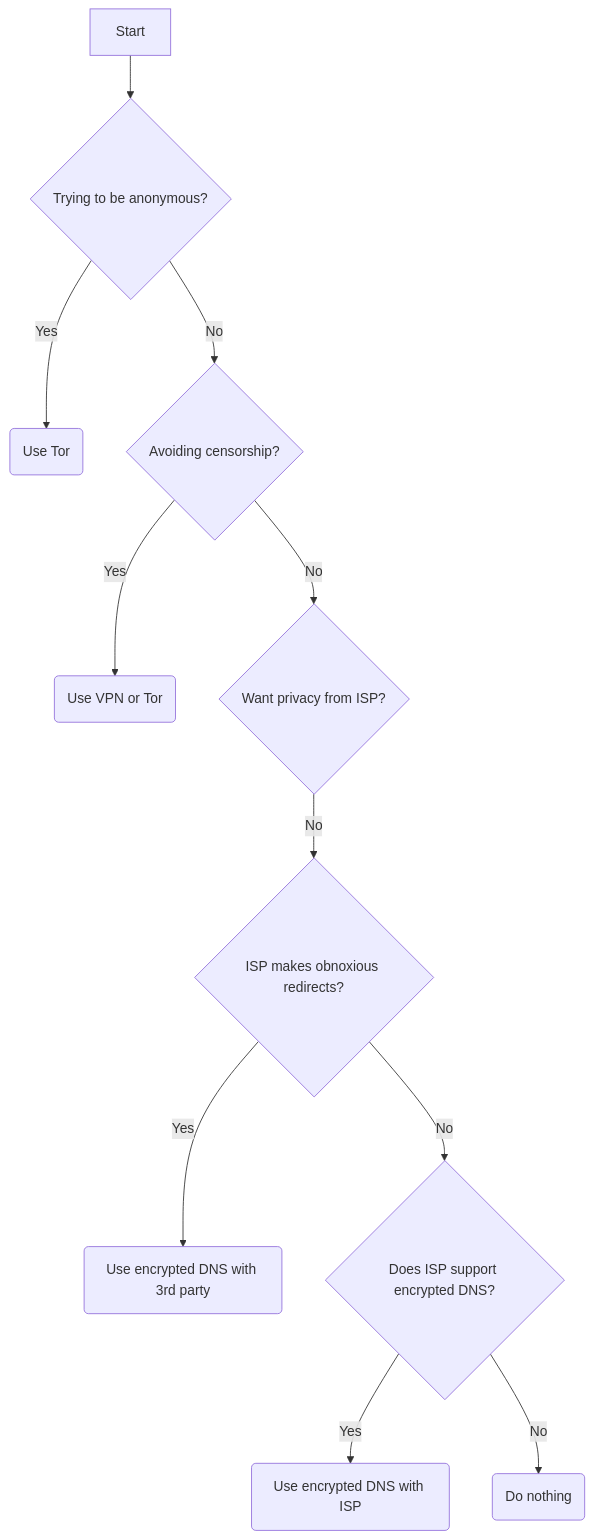
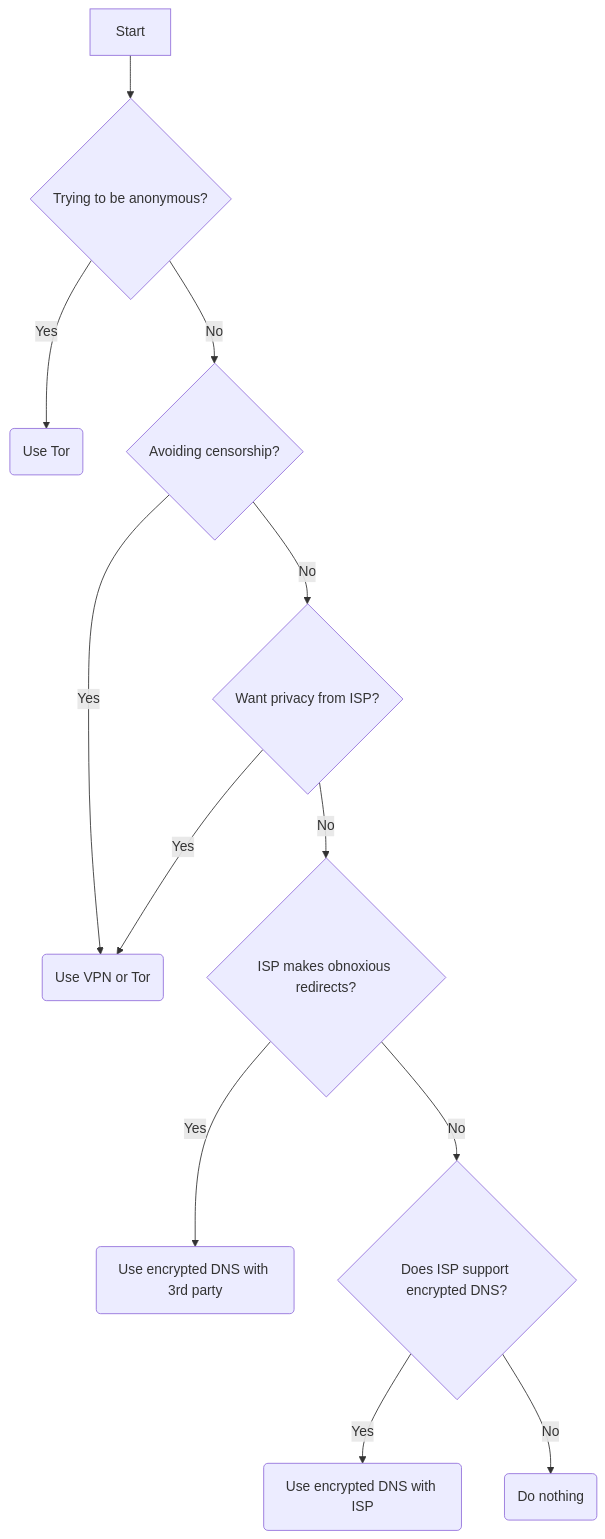
Before and after one commit to romandev0318/privacyguides.org: the diagram in docs/dns.md, drawn with Mermaid.

Commit message:
Include 'Yes' branch DNS flowchart (#844)

````diff
--- a/docs/dns.md
+++ b/docs/dns.md
@@ -101,13 +101,14 @@
 ``` mermaid
 graph TB
     Start[Start] --> anonymous{Trying to be anonymous?} 
     anonymous--> | Yes | tor(Use Tor)
     anonymous --> | No | censorship{Avoiding censorship?}
     censorship --> | Yes | vpnOrTor(Use VPN or Tor)
     censorship --> | No | privacy{Want privacy from ISP?}
+    privacy --> | Yes | vpnOrTor(Use VPN or Tor)
     privacy --> | No | obnoxious{ISP makes obnoxious redirects?}
     obnoxious --> | Yes | encryptedDNS(Use encrypted DNS with 3rd party)
     obnoxious --> | No | ispDNS{Does ISP support encrypted DNS?}
     ispDNS --> | Yes | useISP(Use encrypted DNS with ISP)
     ispDNS --> | No | nothing(Do nothing)
 ```
````
